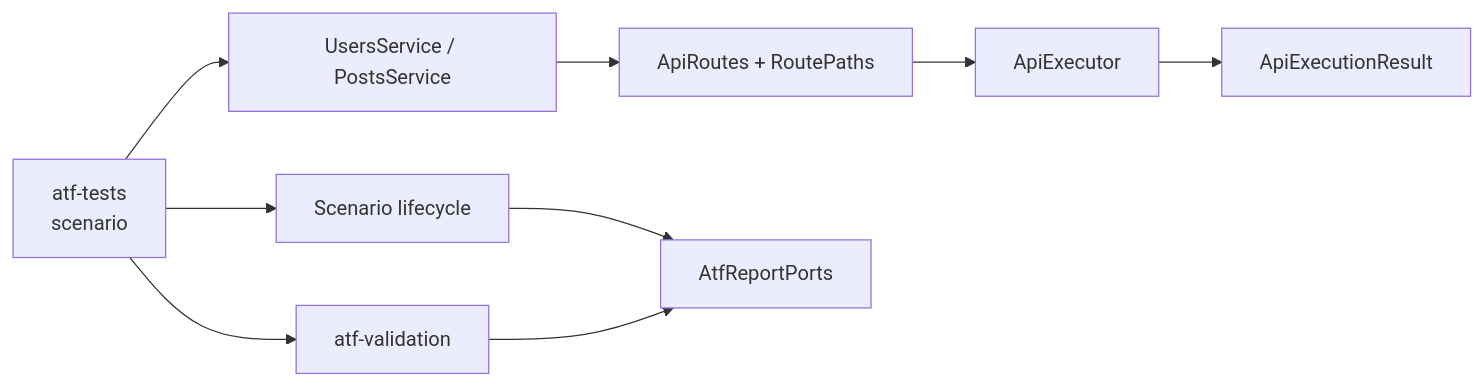
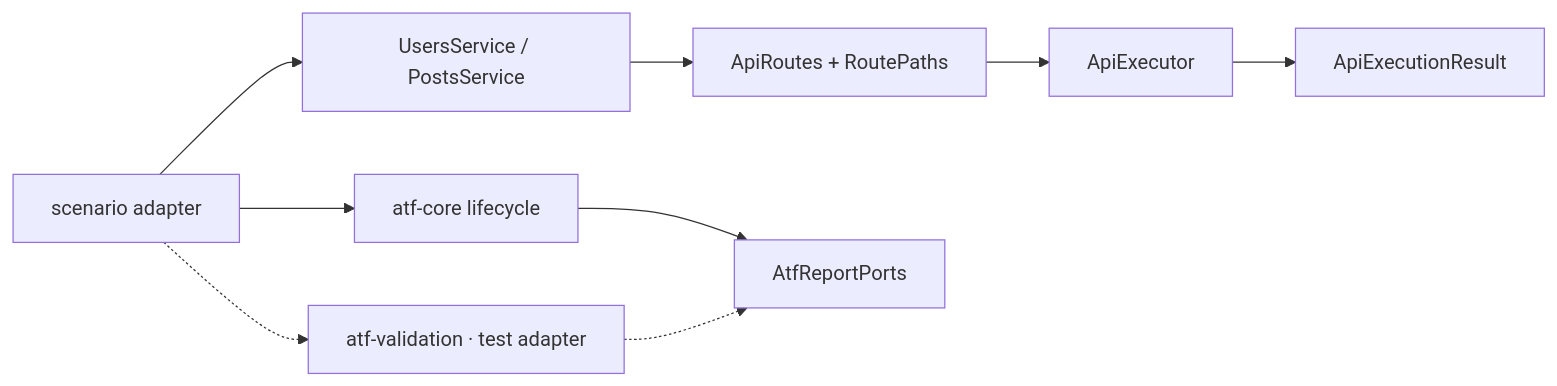
Before and after one commit to crististefanita/demo2: the first of 2 diagrams in atf-execution/README.md, drawn with Mermaid. The commit also changed other lines of this file and 647 other files, not shown here.

````diff
--- a/atf-execution/README.md
+++ b/atf-execution/README.md
@@ -13,11 +15,11 @@
 ```mermaid
 flowchart LR
-    Test[atf-tests<br>scenario] --> Lifecycle[Scenario lifecycle]
+    Test[scenario adapter] --> Lifecycle[atf-core lifecycle]
     Test --> Service[UsersService / PostsService]
     Service --> Routes[ApiRoutes + RoutePaths]
     Routes --> Executor[ApiExecutor]
     Executor --> Result[ApiExecutionResult]
-    Test --> Validation[atf-validation]
+    Test -.-> Validation[atf-validation · test adapter]
     Lifecycle --> Report[AtfReportPorts]
-    Validation --> Report
+    Validation -.-> Report
 ```
````
